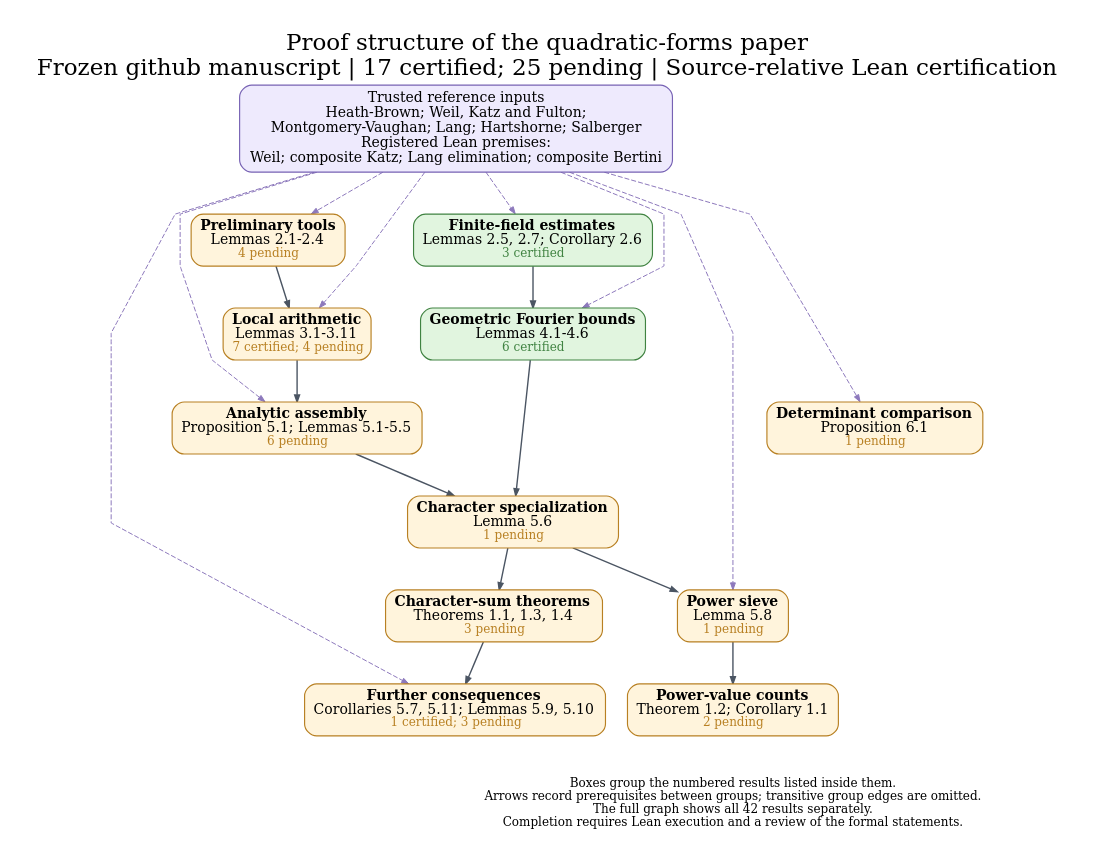
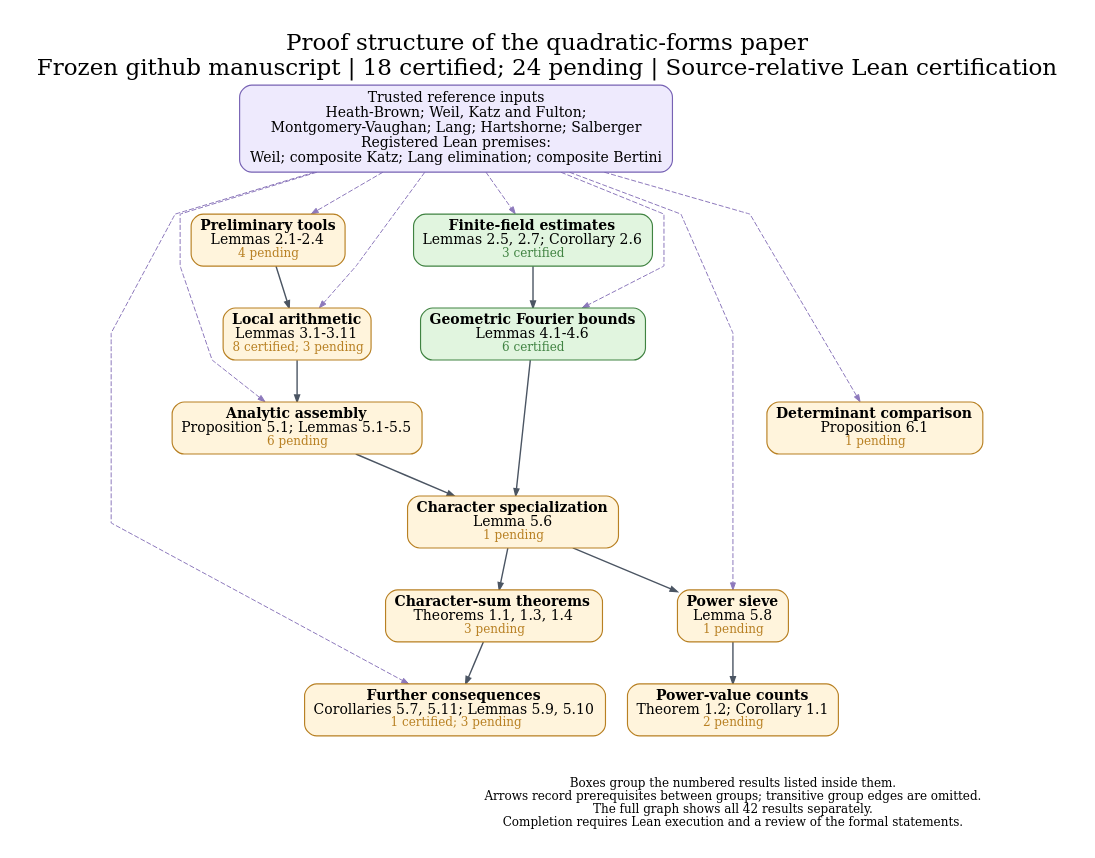
One commit to nicolasrobles/quaternary-quadratic-forms changed the diagram in docs/dependency_overview.dot. Above: the diagram before and after it, drawn with Graphviz. The commit also changed 28 other files, not shown here.

```diff
--- a/docs/dependency_overview.dot
+++ b/docs/dependency_overview.dot
@@ -1,43 +1,43 @@
 digraph Overview {
 graph [rankdir=TB, newrank=true, compound=true, outputorder=edgesfirst,
   bgcolor="white", fontname="DejaVu Serif", fontsize=23, labelloc=t,
-  label="Proof structure of the quadratic-forms paper\nFrozen github manuscript | 17 certified; 25 pending | Source-relative Lean certification",
+  label="Proof structure of the quadratic-forms paper\nFrozen github manuscript | 18 certified; 24 pending | Source-relative Lean certification",
   nodesep=0.30, ranksep=0.58, pad=0.28, splines=polyline];
 node [shape=box, style="rounded,filled", fillcolor="#fff4dc", color="#b88023",
   fontname="DejaVu Serif", fontsize=14, penwidth=1.15, margin="0.12,0.09"];
 edge [color="#4b5563", arrowsize=0.70, penwidth=1.05];
 sources [label="Trusted reference inputs\nHeath-Brown; Weil, Katz and Fulton;\nMontgomery-Vaughan; Lang; Hartshorne; Salberger\nRegistered Lean premises:\nWeil; composite Katz; Lang elimination; composite Bertini", fillcolor="#eeeafd", color="#7762b4", fontsize=14];
 "prelim" [label=<<B>Preliminary tools</B><BR/>Lemmas 2.1-2.4<BR/><FONT POINT-SIZE="12" COLOR="#b88023">4 pending</FONT>>, fillcolor="#fff4dc", color="#b88023", URL="https://github.com/nicolasrobles/quaternary-quadratic-forms/blob/main/INVENTORY.md", target="_blank"];
 "finite" [label=<<B>Finite-field estimates</B><BR/>Lemmas 2.5, 2.7; Corollary 2.6<BR/><FONT POINT-SIZE="12" COLOR="#408342">3 certified</FONT>>, fillcolor="#e1f5df", color="#408342", URL="https://github.com/nicolasrobles/quaternary-quadratic-forms/blob/main/INVENTORY.md", target="_blank"];
-"local" [label=<<B>Local arithmetic</B><BR/>Lemmas 3.1-3.11<BR/><FONT POINT-SIZE="12" COLOR="#b88023">7 certified; 4 pending</FONT>>, fillcolor="#fff4dc", color="#b88023", URL="https://github.com/nicolasrobles/quaternary-quadratic-forms/blob/main/INVENTORY.md", target="_blank"];
+"local" [label=<<B>Local arithmetic</B><BR/>Lemmas 3.1-3.11<BR/><FONT POINT-SIZE="12" COLOR="#b88023">8 certified; 3 pending</FONT>>, fillcolor="#fff4dc", color="#b88023", URL="https://github.com/nicolasrobles/quaternary-quadratic-forms/blob/main/INVENTORY.md", target="_blank"];
 "fourier" [label=<<B>Geometric Fourier bounds</B><BR/>Lemmas 4.1-4.6<BR/><FONT POINT-SIZE="12" COLOR="#408342">6 certified</FONT>>, fillcolor="#e1f5df", color="#408342", URL="https://github.com/nicolasrobles/quaternary-quadratic-forms/blob/main/INVENTORY.md", target="_blank"];
 "analytic" [label=<<B>Analytic assembly</B><BR/>Proposition 5.1; Lemmas 5.1-5.5<BR/><FONT POINT-SIZE="12" COLOR="#b88023">6 pending</FONT>>, fillcolor="#fff4dc", color="#b88023", URL="https://github.com/nicolasrobles/quaternary-quadratic-forms/blob/main/INVENTORY.md", target="_blank"];
 "characters" [label=<<B>Character specialization</B><BR/>Lemma 5.6<BR/><FONT POINT-SIZE="12" COLOR="#b88023">1 pending</FONT>>, fillcolor="#fff4dc", color="#b88023", URL="https://github.com/nicolasrobles/quaternary-quadratic-forms/blob/main/INVENTORY.md", target="_blank"];
 "sieve" [label=<<B>Power sieve</B><BR/>Lemma 5.8<BR/><FONT POINT-SIZE="12" COLOR="#b88023">1 pending</FONT>>, fillcolor="#fff4dc", color="#b88023", URL="https://github.com/nicolasrobles/quaternary-quadratic-forms/blob/main/INVENTORY.md", target="_blank"];
 "consequences" [label=<<B>Further consequences</B><BR/>Corollaries 5.7, 5.11; Lemmas 5.9, 5.10<BR/><FONT POINT-SIZE="12" COLOR="#b88023">1 certified; 3 pending</FONT>>, fillcolor="#fff4dc", color="#b88023", URL="https://github.com/nicolasrobles/quaternary-quadratic-forms/blob/main/INVENTORY.md", target="_blank"];
 "maincharacters" [label=<<B>Character-sum theorems</B><BR/>Theorems 1.1, 1.3, 1.4<BR/><FONT POINT-SIZE="12" COLOR="#b88023">3 pending</FONT>>, fillcolor="#fff4dc", color="#b88023", URL="https://github.com/nicolasrobles/quaternary-quadratic-forms/blob/main/INVENTORY.md", target="_blank"];
 "mainpowers" [label=<<B>Power-value counts</B><BR/>Theorem 1.2; Corollary 1.1<BR/><FONT POINT-SIZE="12" COLOR="#b88023">2 pending</FONT>>, fillcolor="#fff4dc", color="#b88023", URL="https://github.com/nicolasrobles/quaternary-quadratic-forms/blob/main/INVENTORY.md", target="_blank"];
 "fixed" [label=<<B>Determinant comparison</B><BR/>Proposition 6.1<BR/><FONT POINT-SIZE="12" COLOR="#b88023">1 pending</FONT>>, fillcolor="#fff4dc", color="#b88023", URL="https://github.com/nicolasrobles/quaternary-quadratic-forms/blob/main/INVENTORY.md", target="_blank"];
 "analytic" -> "characters" [penwidth=1.4];
 "characters" -> "maincharacters" [penwidth=1.4];
 "characters" -> "sieve" [penwidth=1.4];
 "finite" -> "fourier" [penwidth=1.4];
 "fourier" -> "characters" [penwidth=1.4];
 "local" -> "analytic" [penwidth=1.4];
 "maincharacters" -> "consequences" [penwidth=1.4];
 "prelim" -> "local" [penwidth=1.4];
 "sieve" -> "mainpowers" [penwidth=1.4];
 sources -> "analytic" [style=dashed, color="#8d79bc", penwidth=1.0];
 sources -> "consequences" [style=dashed, color="#8d79bc", penwidth=1.0];
 sources -> "finite" [style=dashed, color="#8d79bc", penwidth=1.0];
 sources -> "fixed" [style=dashed, color="#8d79bc", penwidth=1.0];
 sources -> "fourier" [style=dashed, color="#8d79bc", penwidth=1.0];
 sources -> "local" [style=dashed, color="#8d79bc", penwidth=1.0];
 sources -> "prelim" [style=dashed, color="#8d79bc", penwidth=1.0];
 sources -> "sieve" [style=dashed, color="#8d79bc", penwidth=1.0];
 legend [shape=plain, style="", label="Boxes group the numbered results listed inside them.\nArrows record prerequisites between groups; transitive group edges are omitted.\nThe full graph shows all 42 results separately.\nCompletion requires Lean execution and a review of the formal statements.", fontsize=12];
 {rank=sink; legend;}
 "consequences" -> legend [style=invis];
 "fixed" -> legend [style=invis];
 "mainpowers" -> legend [style=invis];
 }
```
